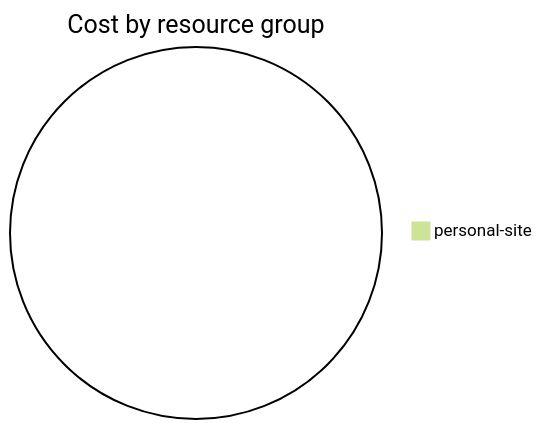
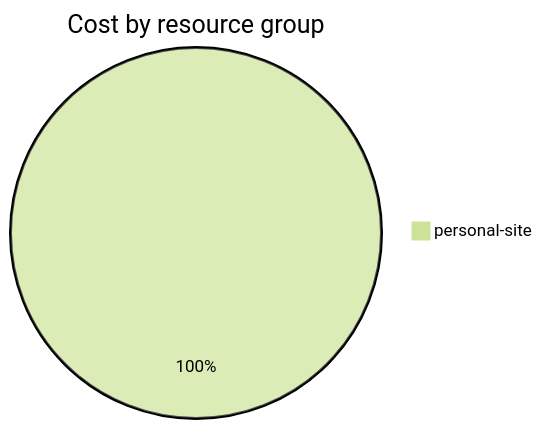
The fourth of 4 diagrams in cost-reports/personal-site/personalsiteapistorage.md (jpfulton/azure-personal-reports), drawn with Mermaid (forest theme) before and after one commit. The commit also changed other lines of this file and 6 other files, not shown here.

````diff
--- a/cost-reports/personal-site/personalsiteapistorage.md
+++ b/cost-reports/personal-site/personalsiteapistorage.md
@@ -119,5 +119,5 @@
 ```mermaid
 pie
    title Cost by resource group
-   "personal-site" : 0.00
+   "personal-site" : 0.01
 ```
````
